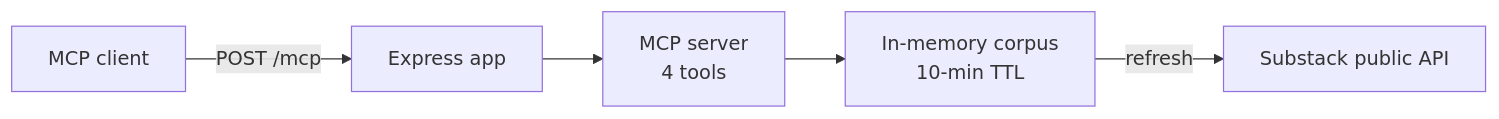
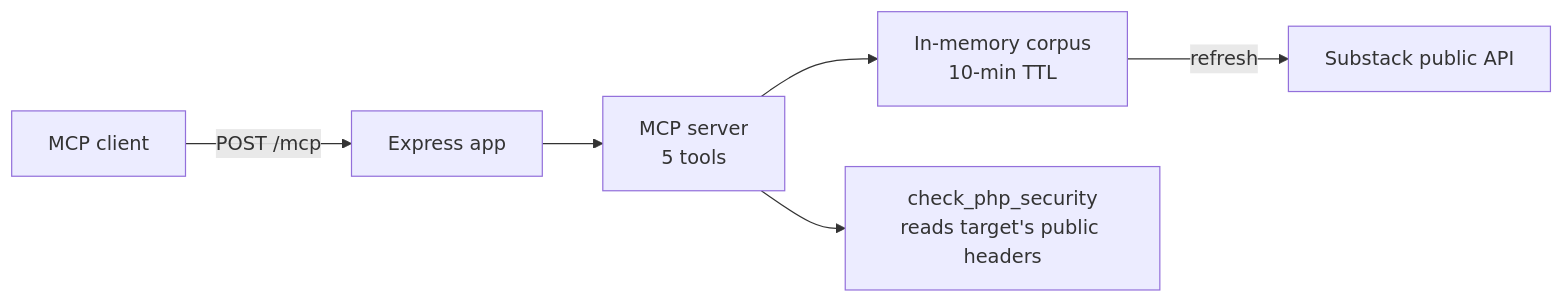
The diagram in README.md (rimaslogic/mcp-server), drawn with Mermaid before and after one commit. The commit also changed other lines of this file and 7 other files, not shown here.

First line of the commit message:
feat: check_php_security — passive website PHP risk check (#1)

````diff
--- a/README.md
+++ b/README.md
@@ -48,7 +105,8 @@
 ```mermaid
 flowchart LR
     A[MCP client] -- "POST /mcp" --> B[Express app]
-    B --> C[MCP server<br/>4 tools]
+    B --> C[MCP server<br/>5 tools]
     C --> D[In-memory corpus<br/>10-min TTL]
+    C --> F[check_php_security<br/>reads target's public headers]
     D -- refresh --> E[Substack public API]
 ```
````
